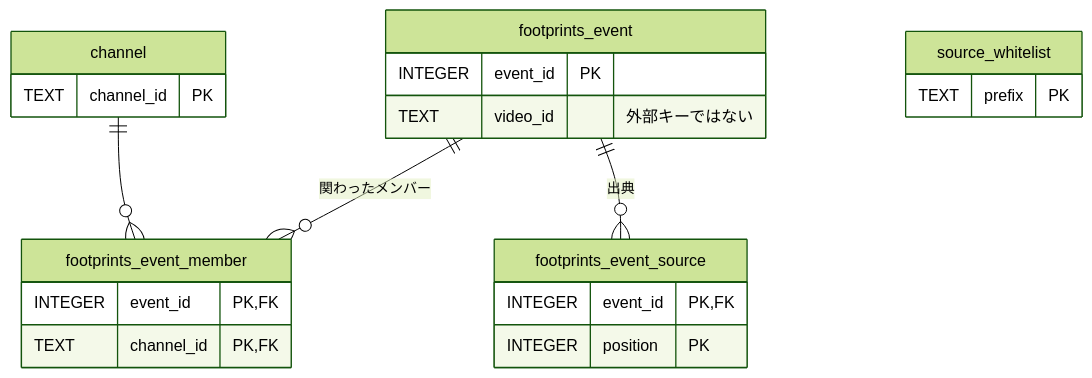
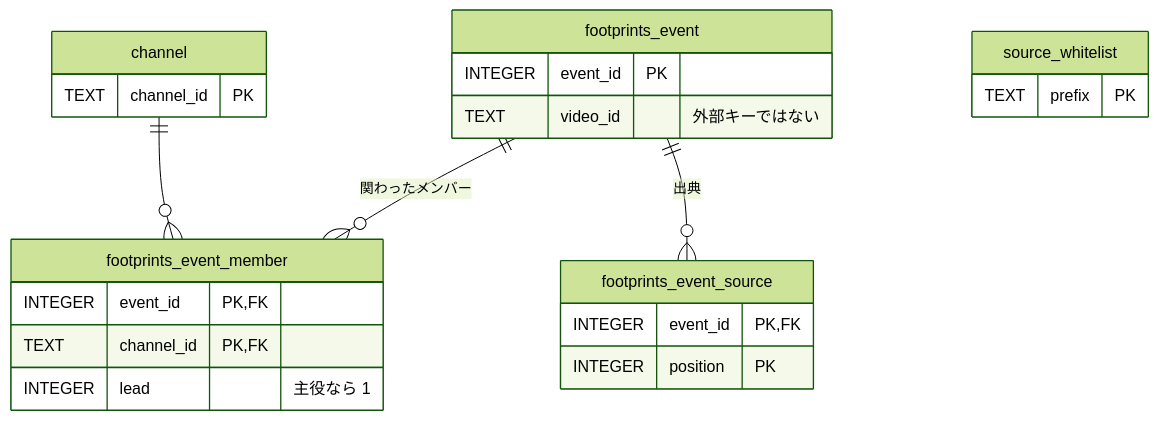
Before and after one commit to nanase/kemov: the second of 7 diagrams in docs/reference/data.md, drawn with Mermaid (forest theme). The commit also changed other lines of this file and 27 other files, not shown here.

````diff
--- a/docs/reference/data.md
+++ b/docs/reference/data.md
@@ -54,24 +54,25 @@
 ```mermaid
 erDiagram
   footprints_event ||--o{ footprints_event_member : "関わったメンバー"
   channel ||--o{ footprints_event_member : ""
   footprints_event ||--o{ footprints_event_source : "出典"
   footprints_event {
     INTEGER event_id PK
     TEXT video_id "外部キーではない"
   }
   footprints_event_member {
     INTEGER event_id PK, FK
     TEXT channel_id PK, FK
+    INTEGER lead "主役なら 1"
   }
   footprints_event_source {
     INTEGER event_id PK, FK
     INTEGER position PK
   }
   channel {
     TEXT channel_id PK
   }
   source_whitelist {
     TEXT prefix PK
   }
 ```
````
